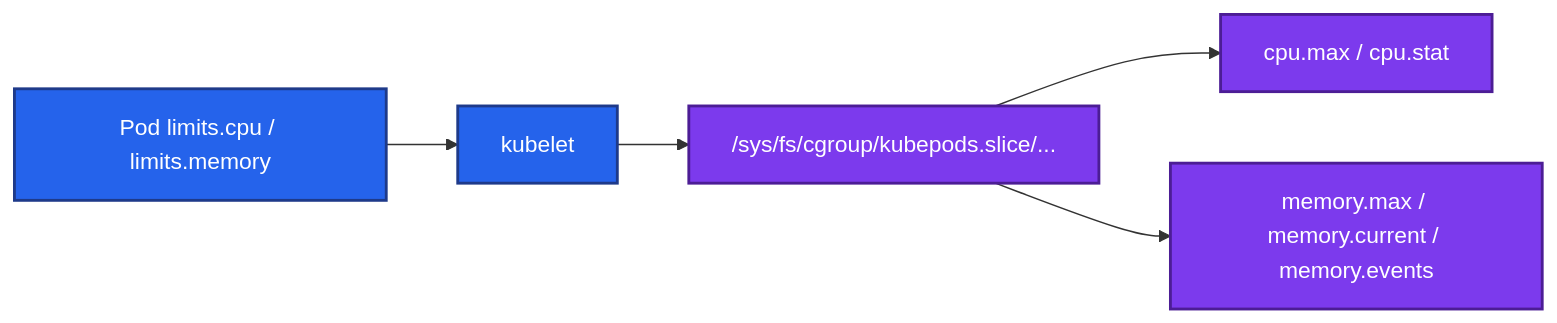
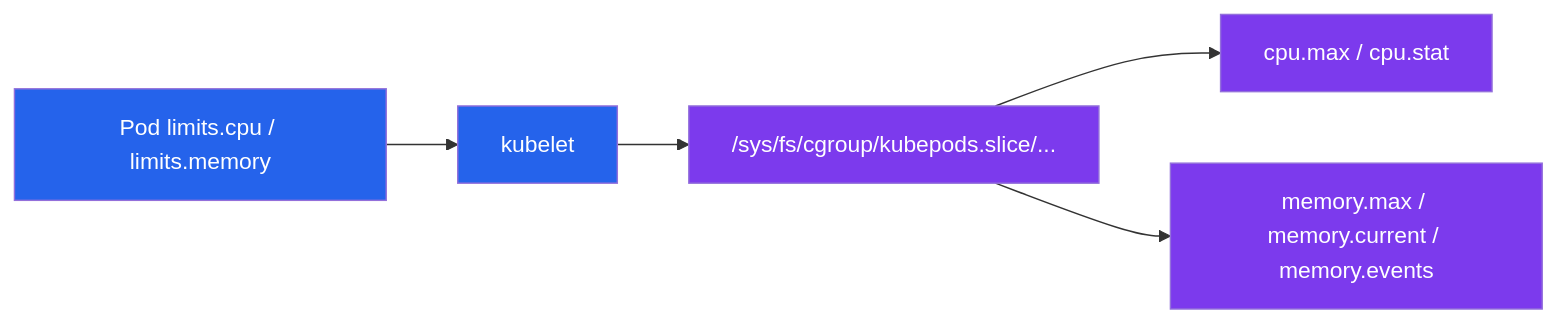
The seventh of 8 diagrams in 02-基础底座/07-cgroup与容器/知识点.md (ml-cuizijun/LearnToLilith), drawn with Mermaid before and after one commit. The commit also changed other lines of this file and 213 other files, not shown here.

````diff
--- a/02-基础底座/07-cgroup与容器/知识点.md
+++ b/02-基础底座/07-cgroup与容器/知识点.md
@@ -350,12 +277,12 @@
 ```mermaid
 flowchart LR
     yaml["Pod limits.cpu / limits.memory"] --> kl[kubelet]
     kl --> files["/sys/fs/cgroup/kubepods.slice/..."]
     files --> cpu["cpu.max / cpu.stat"]
     files --> mem["memory.max / memory.current / memory.events"]
 
-    classDef a fill:#2563EB,stroke:#1E3A8A,stroke-width:2px,color:#fff
-    classDef b fill:#7C3AED,stroke:#4C1D95,stroke-width:2px,color:#fff
+    classDef a fill:#2563EB,color:#fff
+    classDef b fill:#7C3AED,color:#fff
     class yaml,kl a
     class files,cpu,mem b
 ```
````
